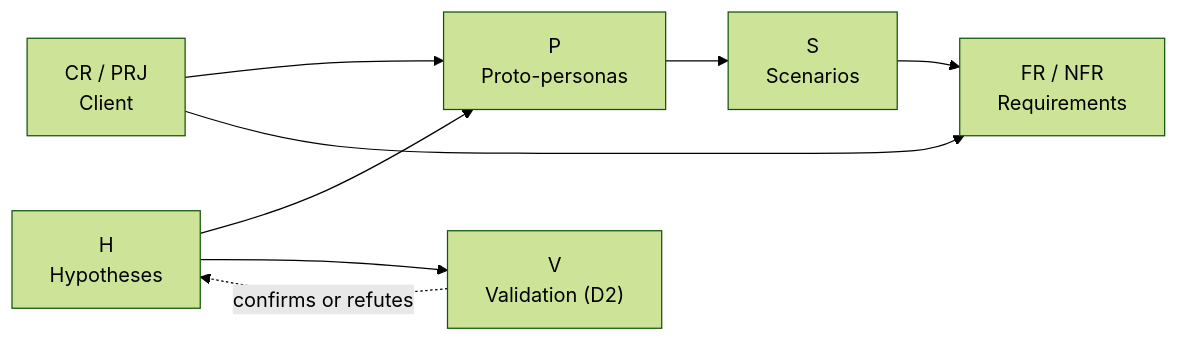
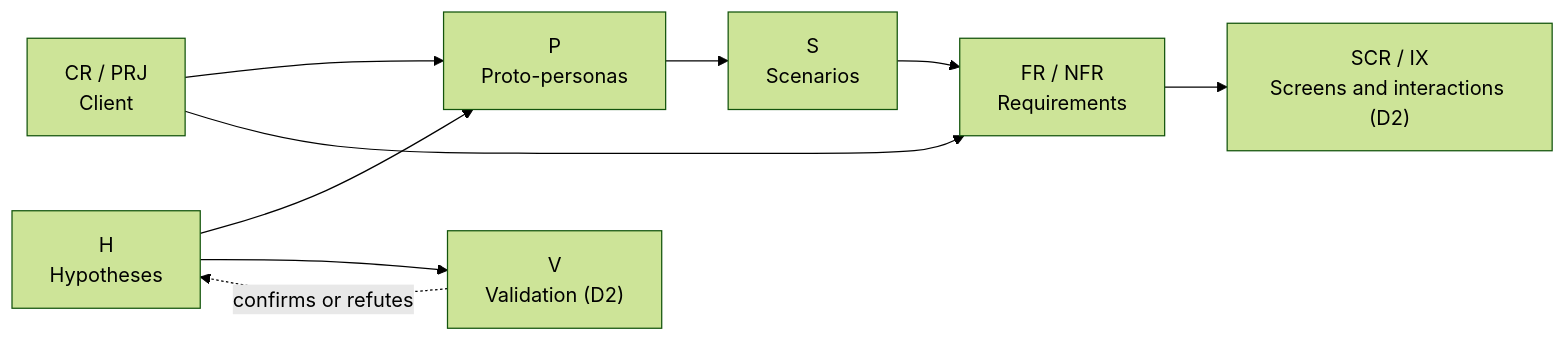
One commit to Alambrep/boutique-fmat-pos changed the diagram in README.md. Above: the diagram before and after it, drawn with Mermaid (forest theme). The commit also changed other lines of this file and 2 other files, not shown here.

````diff
--- a/README.md
+++ b/README.md
@@ -134,10 +139,11 @@
 ```mermaid
 flowchart LR
   CR["CR / PRJ<br/>Client"] --> P["P<br/>Proto-personas"]
   H["H<br/>Hypotheses"] --> P
   P --> S["S<br/>Scenarios"]
   S --> R["FR / NFR<br/>Requirements"]
   CR --> R
+  R --> D["SCR / IX<br/>Screens and interactions (D2)"]
   H --> V["V<br/>Validation (D2)"]
   V -. confirms or refutes .-> H
 ```
````
